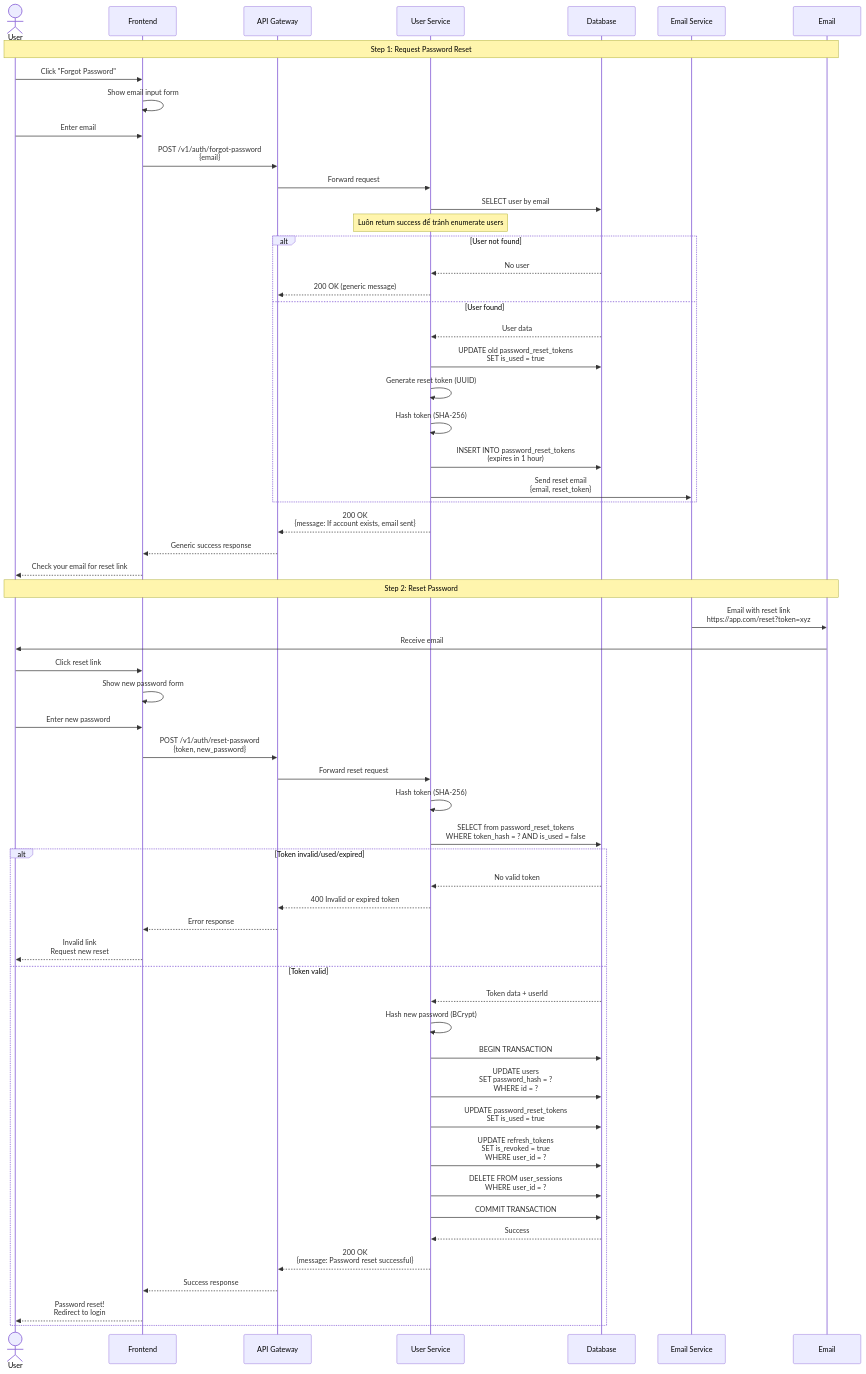
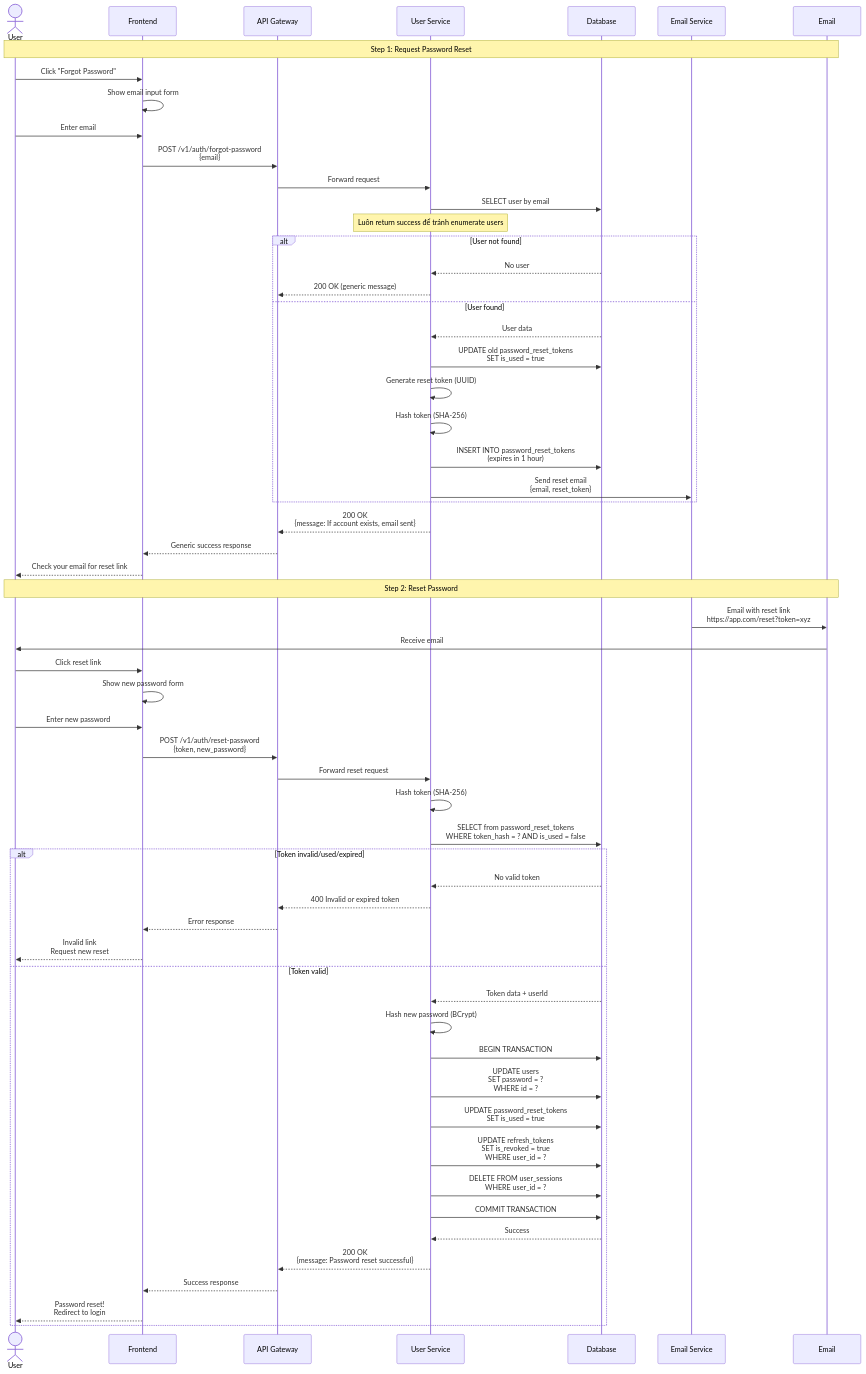
The sixth of 9 diagrams in docs/03-backend/api-reference/flows/user-service-flows.md (huy1235588/ECommerce), drawn with Mermaid before and after one commit. The commit also changed 15 other files, not shown here.

First line of the commit message:
feat: Add initial user service schema migration with tables, indexes, constraints, functions, triggers, and views

````diff
--- a/docs/03-backend/api-reference/flows/user-service-flows.md
+++ b/docs/03-backend/api-reference/flows/user-service-flows.md
@@ -449,80 +449,80 @@
 ```mermaid
 sequenceDiagram
     actor User
     participant Frontend
     participant APIGateway as API Gateway
     participant UserService as User Service
     participant Database
     participant EmailService as Email Service
     participant Email
 
     Note over User,Email: Step 1: Request Password Reset
     
     User->>Frontend: Click "Forgot Password"
     Frontend->>Frontend: Show email input form
     User->>Frontend: Enter email
     
     Frontend->>APIGateway: POST /v1/auth/forgot-password<br/>{email}
     APIGateway->>UserService: Forward request
     
     UserService->>Database: SELECT user by email
     
     Note over UserService: Luôn return success để tránh enumerate users
     
     alt User not found
         Database-->>UserService: No user
         UserService-->>APIGateway: 200 OK (generic message)
     else User found
         Database-->>UserService: User data
         
         UserService->>Database: UPDATE old password_reset_tokens<br/>SET is_used = true
         UserService->>UserService: Generate reset token (UUID)
         UserService->>UserService: Hash token (SHA-256)
         UserService->>Database: INSERT INTO password_reset_tokens<br/>(expires in 1 hour)
         
         UserService->>EmailService: Send reset email<br/>{email, reset_token}
     end
     
     UserService-->>APIGateway: 200 OK<br/>{message: If account exists, email sent}
     APIGateway-->>Frontend: Generic success response
     Frontend-->>User: Check your email for reset link
     
     Note over User,Email: Step 2: Reset Password
     
     EmailService->>Email: Email with reset link<br/>https://app.com/reset?token=xyz
     Email->>User: Receive email
     User->>Frontend: Click reset link
     
     Frontend->>Frontend: Show new password form
     User->>Frontend: Enter new password
     
     Frontend->>APIGateway: POST /v1/auth/reset-password<br/>{token, new_password}
     APIGateway->>UserService: Forward reset request
     
     UserService->>UserService: Hash token (SHA-256)
     UserService->>Database: SELECT from password_reset_tokens<br/>WHERE token_hash = ? AND is_used = false
     
     alt Token invalid/used/expired
         Database-->>UserService: No valid token
         UserService-->>APIGateway: 400 Invalid or expired token
         APIGateway-->>Frontend: Error response
         Frontend-->>User: Invalid link<br/>Request new reset
     else Token valid
         Database-->>UserService: Token data + userId
         
         UserService->>UserService: Hash new password (BCrypt)
         
         UserService->>Database: BEGIN TRANSACTION
-        UserService->>Database: UPDATE users<br/>SET password_hash = ?<br/>WHERE id = ?
+        UserService->>Database: UPDATE users<br/>SET password = ?<br/>WHERE id = ?
         UserService->>Database: UPDATE password_reset_tokens<br/>SET is_used = true
         UserService->>Database: UPDATE refresh_tokens<br/>SET is_revoked = true<br/>WHERE user_id = ?
         UserService->>Database: DELETE FROM user_sessions<br/>WHERE user_id = ?
         UserService->>Database: COMMIT TRANSACTION
         
         Database-->>UserService: Success
         
         UserService-->>APIGateway: 200 OK<br/>{message: Password reset successful}
         APIGateway-->>Frontend: Success response
         Frontend-->>User: Password reset!<br/>Redirect to login
     end
 ```
````
